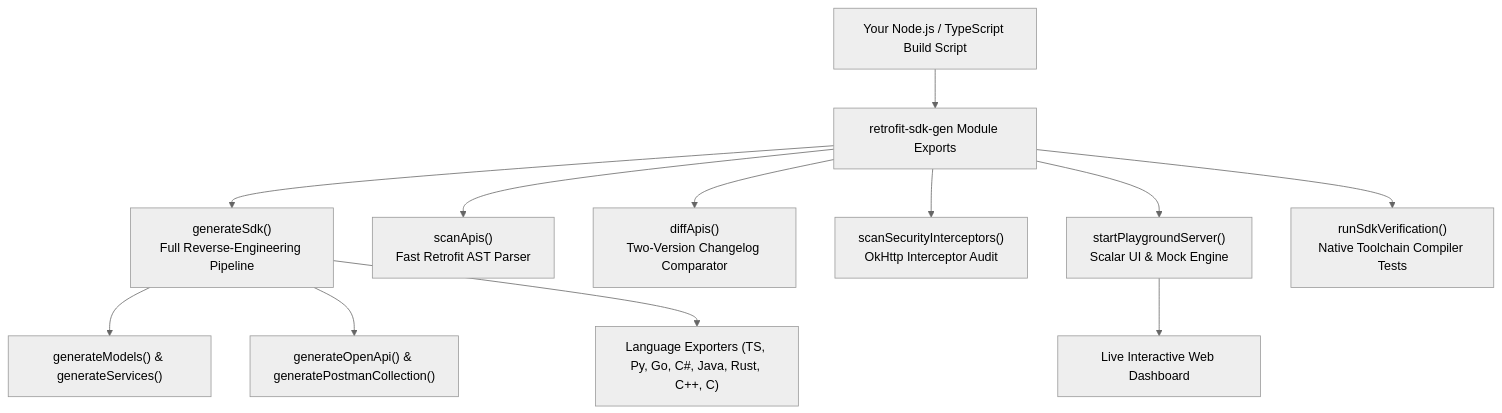
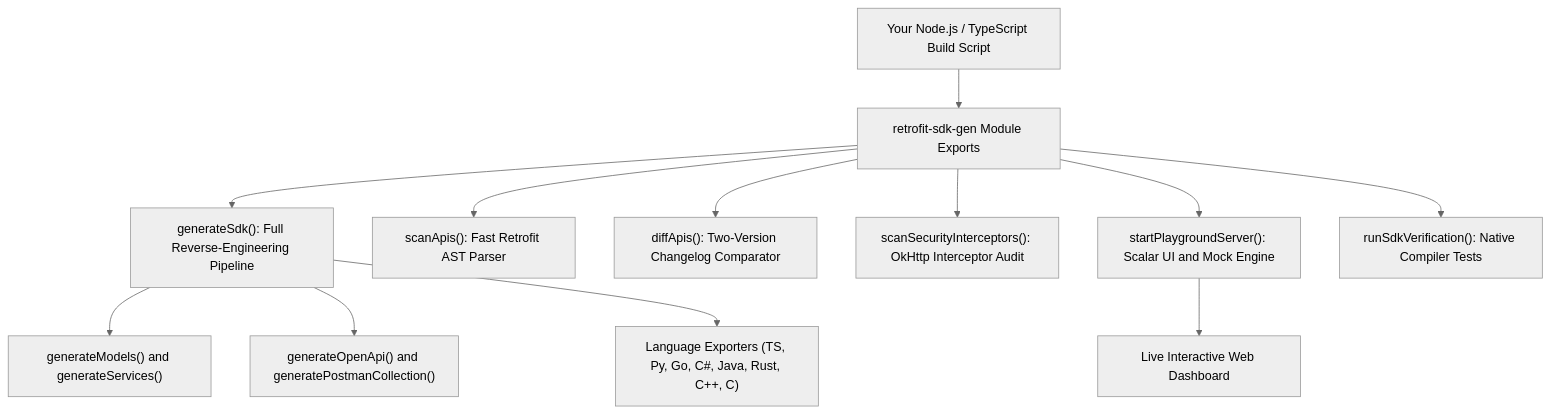
The diagram in docs/api.md (chahakshahcs5/retrofit-sdk-gen), drawn with Mermaid (neutral theme) before and after one commit. The commit also changed 13 other files, not shown here.

Commit message:
fix(docs): quote Mermaid edge labels and sanitize syntax for GitHub renderer

````diff
--- a/docs/api.md
+++ b/docs/api.md
@@ -34,16 +34,16 @@
 ```mermaid
 flowchart TD
     SCRIPT["Your Node.js / TypeScript Build Script"] --> API["retrofit-sdk-gen Module Exports"]
     
-    API --> G["generateSdk()<br/>Full Reverse-Engineering Pipeline"]
-    API --> S["scanApis()<br/>Fast Retrofit AST Parser"]
-    API --> D["diffApis()<br/>Two-Version Changelog Comparator"]
-    API --> SEC["scanSecurityInterceptors()<br/>OkHttp Interceptor Audit"]
-    API --> P["startPlaygroundServer()<br/>Scalar UI & Mock Engine"]
-    API --> V["runSdkVerification()<br/>Native Toolchain Compiler Tests"]
+    API --> G["generateSdk(): Full Reverse-Engineering Pipeline"]
+    API --> S["scanApis(): Fast Retrofit AST Parser"]
+    API --> D["diffApis(): Two-Version Changelog Comparator"]
+    API --> SEC["scanSecurityInterceptors(): OkHttp Interceptor Audit"]
+    API --> P["startPlaygroundServer(): Scalar UI and Mock Engine"]
+    API --> V["runSdkVerification(): Native Compiler Tests"]
 
-    G --> MOD["generateModels() & generateServices()"]
-    G --> SPEC["generateOpenApi() & generatePostmanCollection()"]
+    G --> MOD["generateModels() and generateServices()"]
+    G --> SPEC["generateOpenApi() and generatePostmanCollection()"]
     G --> LANG["Language Exporters (TS, Py, Go, C#, Java, Rust, C++, C)"]
     P --> MOCK["Live Interactive Web Dashboard"]
 ```
````
